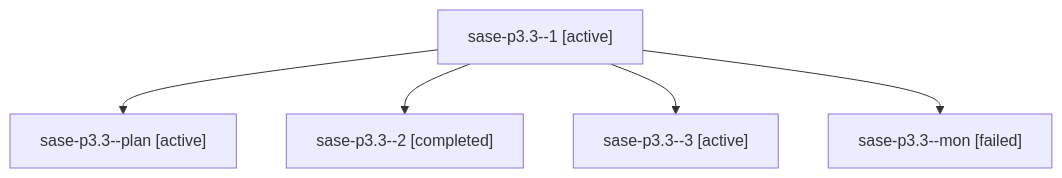
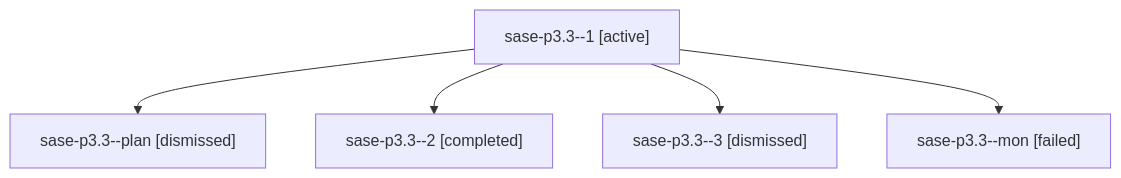
Before and after one commit to sase-org/sase--agents: the diagram in sessions/bbugyi200.athena.sase-p3.3.md, drawn with Mermaid. The commit also changed other lines of this file and 206 other files, not shown here.

````diff
--- a/sessions/bbugyi200.athena.sase-p3.3.md
+++ b/sessions/bbugyi200.athena.sase-p3.3.md
@@ -9,12 +9,12 @@
 ```mermaid
 flowchart TD
   n0["sase-p3.3--1 [active]"]
-  n1["sase-p3.3--plan [active]"]
+  n1["sase-p3.3--plan [dismissed]"]
   n0 --> n1
   n2["sase-p3.3--2 [completed]"]
   n0 --> n2
-  n3["sase-p3.3--3 [active]"]
+  n3["sase-p3.3--3 [dismissed]"]
   n0 --> n3
   n4["sase-p3.3--mon [failed]"]
   n0 --> n4
 ```
````
